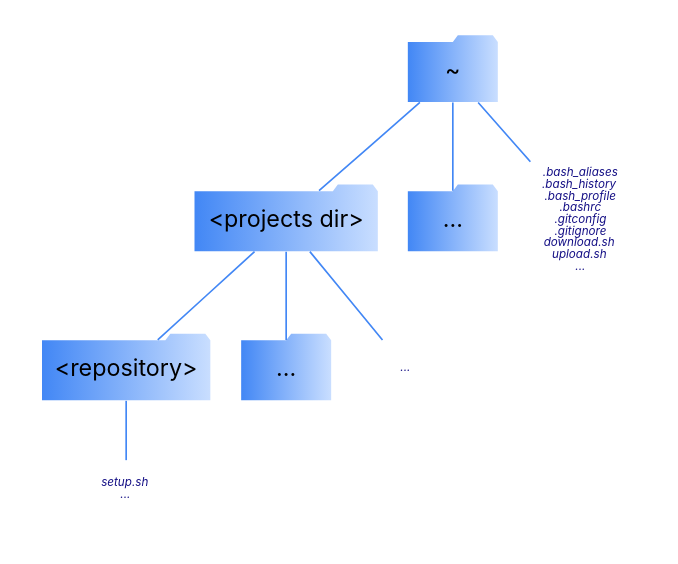
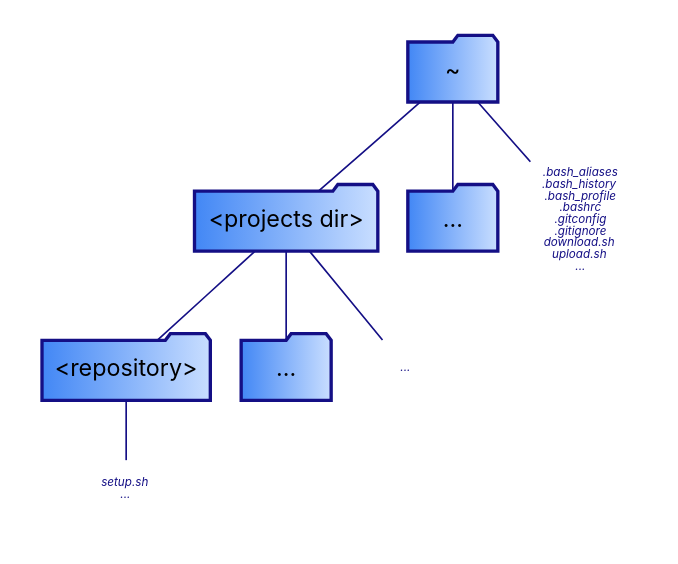
The diagram in Exemplos/Folder.gv (GiovaniPM/Graphs), drawn with Graphviz before and after one commit.

Commit message:
Giovani_Mesquita(RBST10164) 200206113002

```diff
--- a/Exemplos/Folder.gv
+++ b/Exemplos/Folder.gv
@@ -1,35 +1,35 @@
 digraph a {
   pad=0.25;
 
   node [fontname = "Handlee"
         shape="folder"
         style="filled,bold"
         color="black"
         fillcolor="lightgray"
         fontname="Inter"];
 
   edge [dir="none"];
 
-  a [color=none fillcolor="#4287f5:#c9deff" label="~"              ];
-  b [color=none fillcolor="#4287f5:#c9deff" label="<projects dir>" ];
-  c [color=none fillcolor="#4287f5:#c9deff" label="..."            ];
-  d [color=none fillcolor="#4287f5:#c9deff" label="<repository>"   ];
-  e [color=none fillcolor="#4287f5:#c9deff" label="..."            ];
+  a [color="#140f85" fillcolor="#4287f5:#c9deff" label="~"              ];
+  b [color="#140f85" fillcolor="#4287f5:#c9deff" label="<projects dir>" ];
+  c [color="#140f85" fillcolor="#4287f5:#c9deff" label="..."            ];
+  d [color="#140f85" fillcolor="#4287f5:#c9deff" label="<repository>"   ];
+  e [color="#140f85" fillcolor="#4287f5:#c9deff" label="..."            ];
   f [label=<<font color='#140f85' point-size='7'><i>.bash_aliases<br/>.bash_history<br/>.bash_profile<br/>.bashrc<br/>.gitconfig<br/>.gitignore<br/>download.sh<br/>upload.sh<br/>...</i></font>>
      shape="plaintext"
      style=""]
   g [label=<<font color='#140f85' point-size='7'><i>...</i></font>>
      shape="plaintext"
      style=""]
   h [label=<<font color='#140f85' point-size='7'><i>setup.sh<br/>...</i></font>>
      shape="plaintext"
      style=""]
 
-  a -> b [color="#4287f5"];
-  a -> c [color="#4287f5"];
-  a -> f [color="#4287f5"];
-  b -> d [color="#4287f5"];
-  b -> e [color="#4287f5"];
-  b -> g [color="#4287f5"];
-  d -> h [color="#4287f5"];
+  a -> b [color="#140f85"];
+  a -> c [color="#140f85"];
+  a -> f [color="#140f85"];
+  b -> d [color="#140f85"];
+  b -> e [color="#140f85"];
+  b -> g [color="#140f85"];
+  d -> h [color="#140f85"];
 }
```
